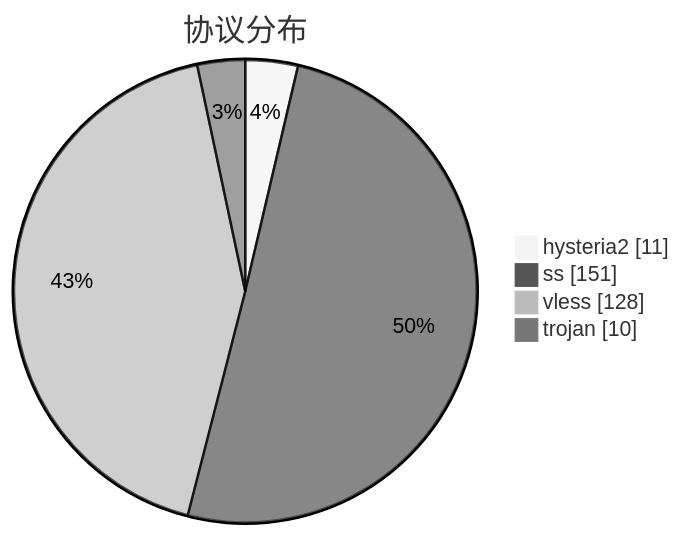
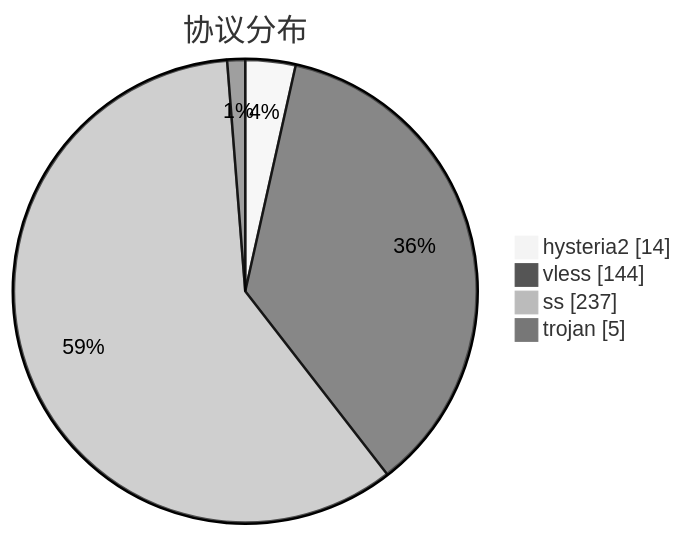
The third of 3 diagrams in subs/statistics/tested_within.md (qjlxg/airport), drawn with Mermaid (neutral theme) before and after one commit. The commit also changed other lines of this file and 2 other files, not shown here.

````diff
--- a/subs/statistics/tested_within.md
+++ b/subs/statistics/tested_within.md
@@ -18,8 +20,8 @@
 ```mermaid
 pie showData
 title 协议分布
-"hysteria2" : 11
-"ss" : 151
-"vless" : 128
-"trojan" : 10
+"hysteria2" : 14
+"vless" : 144
+"ss" : 237
+"trojan" : 5
 ```
````
